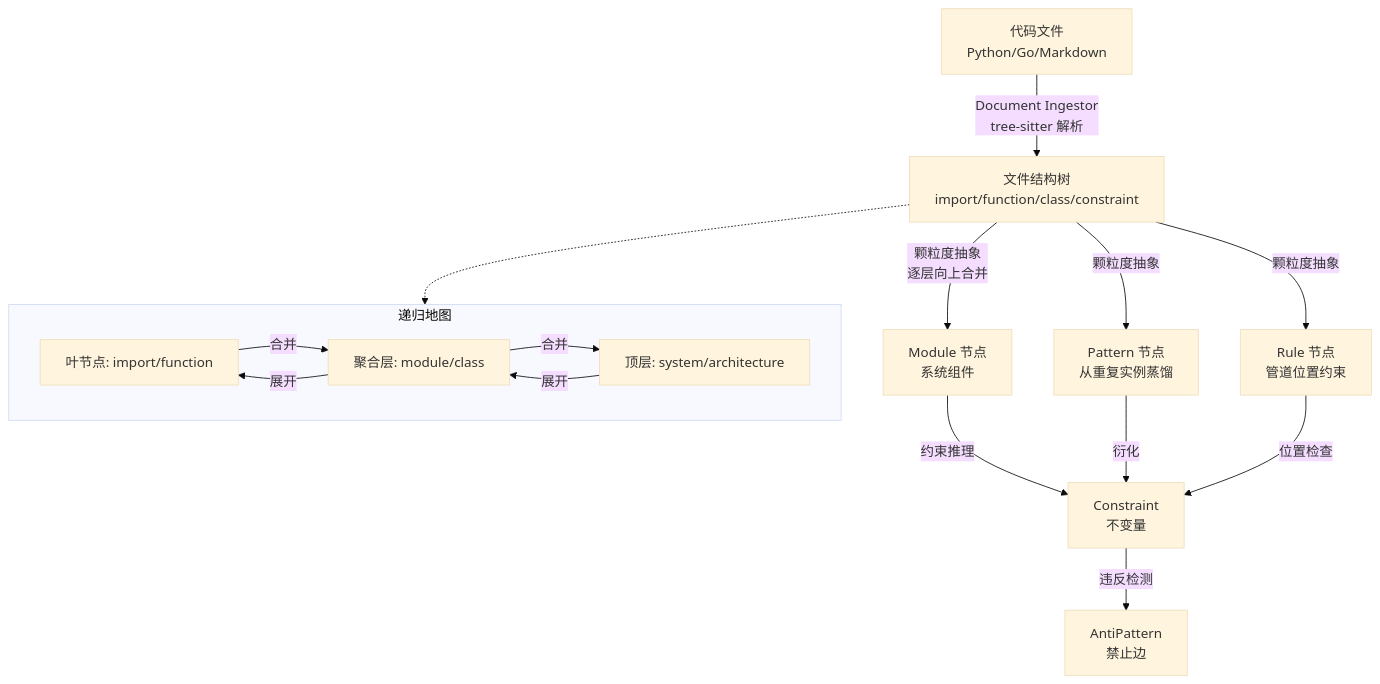
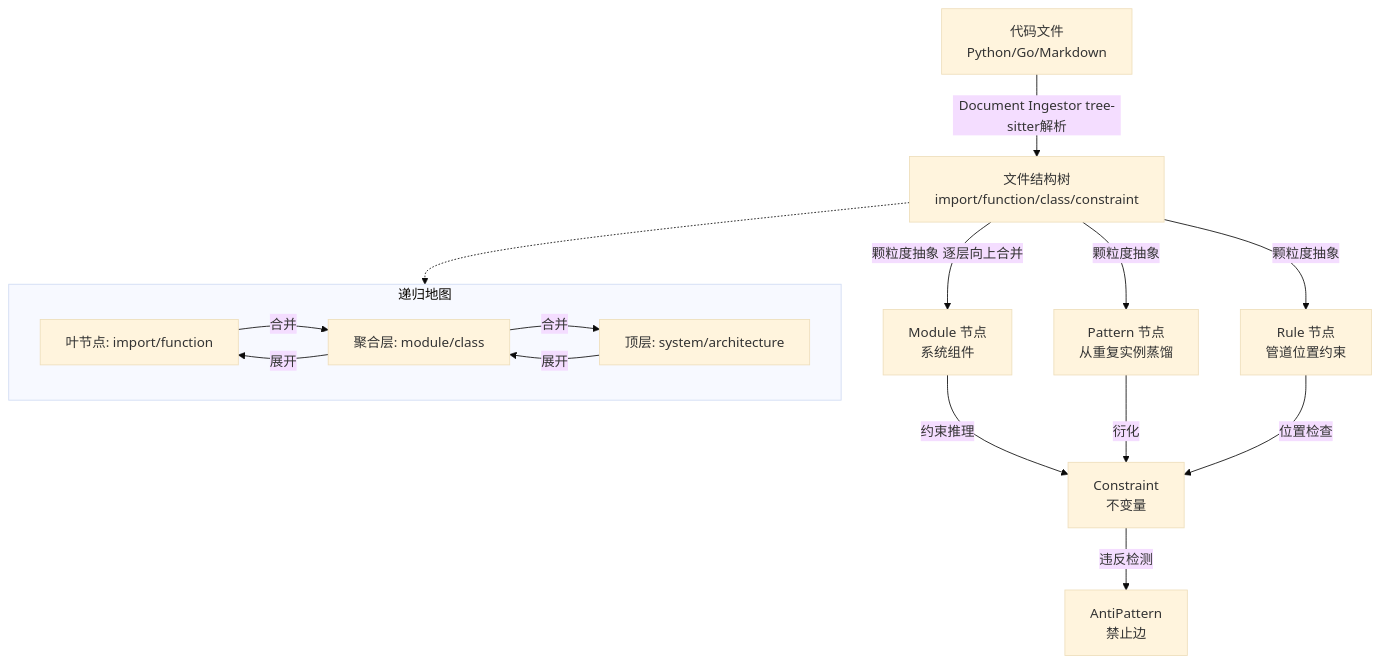
The first of 3 diagrams in docs/BUSINESS_CHAIN_07_ENGINEERING.md (aptshark-g/DialogMesh), drawn with Mermaid (base theme) before and after one commit. The commit also changed 1 other file, not shown here.

Commit message:
Business chain 08: profile feedback — dual inertia model + three-way confrontation + OCEAN→params mapping

````diff
--- a/docs/BUSINESS_CHAIN_07_ENGINEERING.md
+++ b/docs/BUSINESS_CHAIN_07_ENGINEERING.md
@@ -29,31 +29,31 @@
 ```mermaid
-graph TD
+flowchart TD
     FILE["代码文件<br/>Python/Go/Markdown"]
-    
-    FILE -->|"Document Ingestor<br/>tree-sitter 解析"| TREE["文件结构树<br/>import/function/class/constraint"]
-    
-    TREE -->|"颗粒度抽象<br/>逐层向上合并"| MODULE["Module 节点<br/>系统组件"]
-    
-    TREE -->|"颗粒度抽象"| RULE["Rule 节点<br/>管道位置约束"]
-    
-    TREE -->|"颗粒度抽象"| PATTERN["Pattern 节点<br/>从重复实例蒸馏"]
-    
-    MODULE -->|"约束推理"| CONSTRAINT["Constraint<br/>不变量"]
-    PATTERN -->|"衍化"| CONSTRAINT
-    RULE -->|"位置检查"| CONSTRAINT
-    
-    CONSTRAINT -->|"违反检测"| AP["AntiPattern<br/>禁止边"]
-    
+
+    FILE -- "Document Ingestor tree-sitter解析" --> TREE["文件结构树<br/>import/function/class/constraint"]
+
+    TREE -- "颗粒度抽象 逐层向上合并" --> MODULE["Module 节点<br/>系统组件"]
+
+    TREE -- "颗粒度抽象" --> RULE["Rule 节点<br/>管道位置约束"]
+
+    TREE -- "颗粒度抽象" --> PATTERN["Pattern 节点<br/>从重复实例蒸馏"]
+
+    MODULE -- "约束推理" --> CONSTRAINT["Constraint<br/>不变量"]
+    PATTERN -- "衍化" --> CONSTRAINT
+    RULE -- "位置检查" --> CONSTRAINT
+
+    CONSTRAINT -- "违反检测" --> AP["AntiPattern<br/>禁止边"]
+
     subgraph RECURSIVE["递归地图"]
         LEAF["叶节点: import/function"]
         AGG["聚合层: module/class"]
         TOP["顶层: system/architecture"]
-        
-        LEAF -->|"合并"| AGG
-        AGG -->|"合并"| TOP
-        TOP -->|"展开"| AGG
-        AGG -->|"展开"| LEAF
+
+        LEAF -- "合并" --> AGG
+        AGG -- "合并" --> TOP
+        TOP -- "展开" --> AGG
+        AGG -- "展开" --> LEAF
     end
-    
+
     TREE -.-> RECURSIVE
 ```
````
